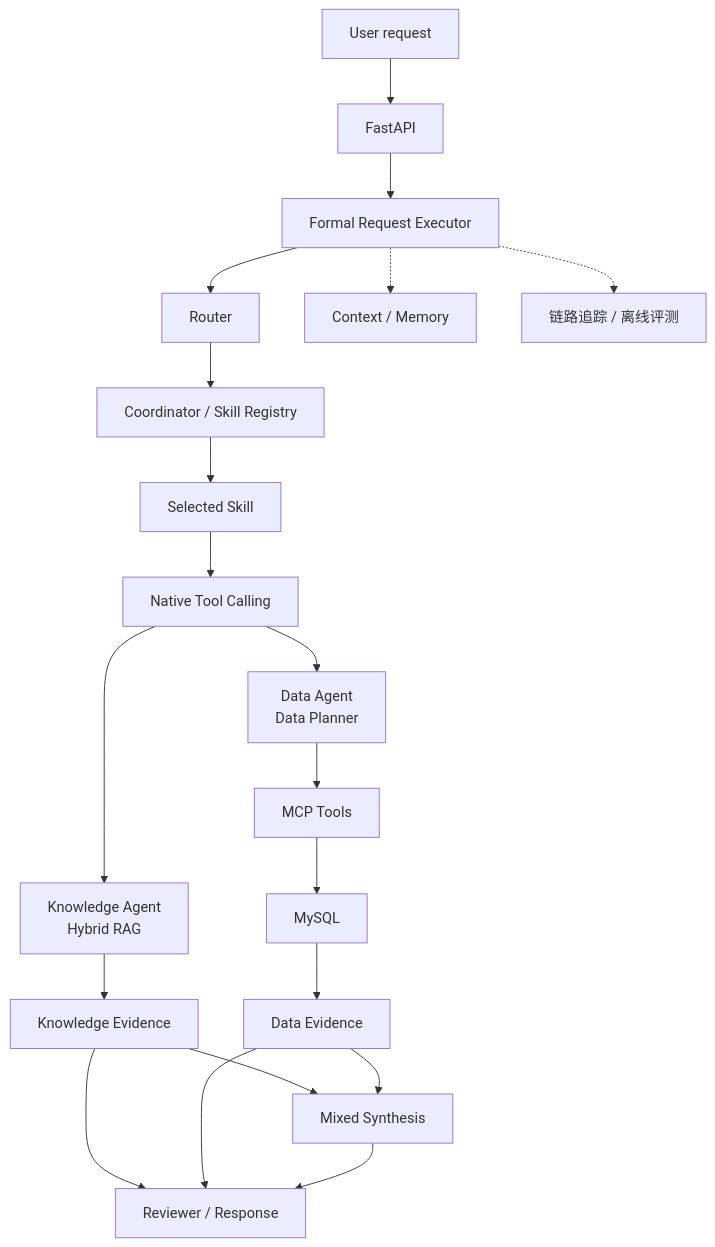
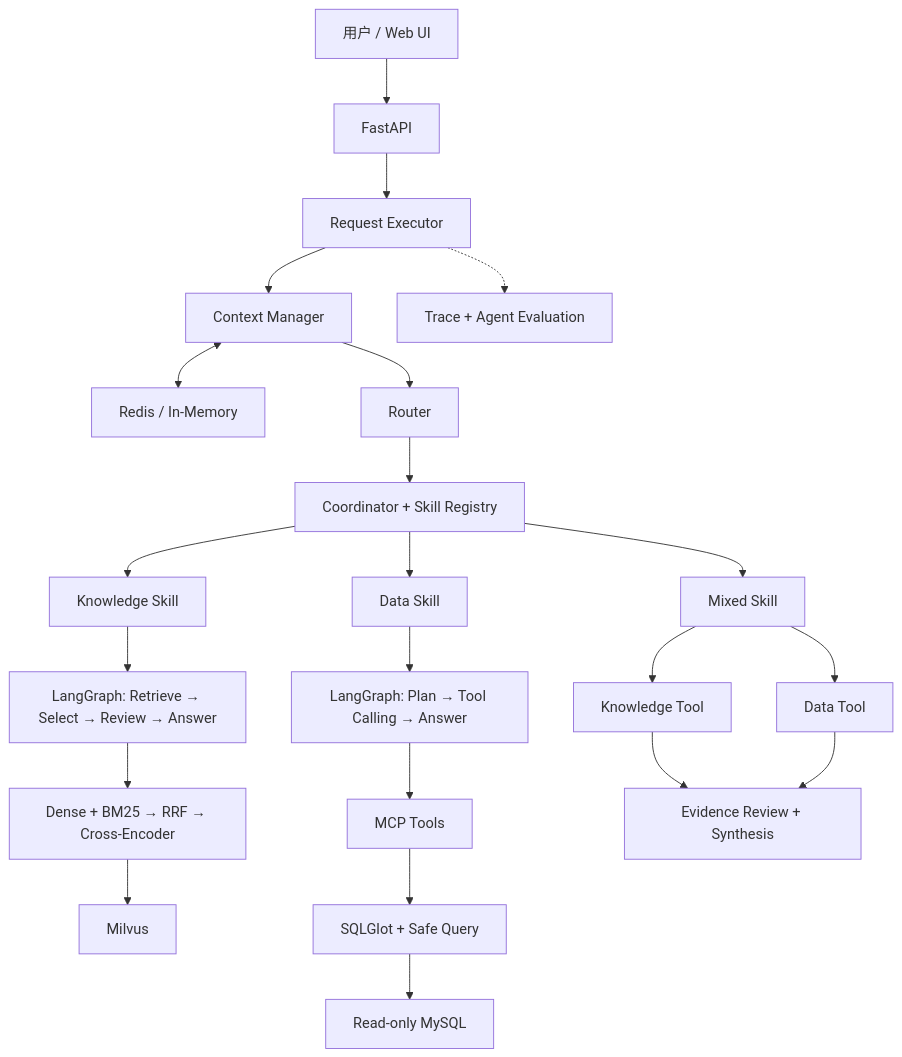
Before and after one commit to ccy777/Enterprise-Decision-Agent: the diagram in README.md, drawn with Mermaid. The commit also changed other lines of this file and 7 other files, not shown here.

````diff
--- a/README.md
+++ b/README.md
@@ -41,22 +41,28 @@
 ```mermaid
 flowchart TD
-    U["User request"] --> API["FastAPI"]
-    API --> X["Formal Request Executor"]
-    X --> R["Router"]
-    R --> C["Coordinator / Skill Registry"]
-    C --> S["Selected Skill"]
-    S --> T["Native Tool Calling"]
-    T --> K["Knowledge Agent\nHybrid RAG"]
-    T --> D["Data Agent\nData Planner"]
-    D --> MCP["MCP Tools"]
-    MCP --> DB["MySQL"]
-    K --> KE["Knowledge Evidence"]
-    DB --> DE["Data Evidence"]
-    KE --> M["Mixed Synthesis"]
-    DE --> M
-    KE --> V["Reviewer / Response"]
-    DE --> V
-    M --> V
-    X -.-> CM["Context / Memory"]
-    X -.-> O["链路追踪 / 离线评测"]
+    U["用户 / Web UI"] --> API["FastAPI"]
+    API --> EX["Request Executor"]
+    EX --> CM["Context Manager"]
+    CM <--> MEM["Redis / In-Memory"]
+    CM --> R["Router"]
+    R --> C["Coordinator + Skill Registry"]
+
+    C --> K["Knowledge Skill"]
+    C --> D["Data Skill"]
+    C --> M["Mixed Skill"]
+
+    K --> KG["LangGraph: Retrieve → Select → Review → Answer"]
+    KG --> RAG["Dense + BM25 → RRF → Cross-Encoder"]
+    RAG --> MV["Milvus"]
+
+    D --> DG["LangGraph: Plan → Tool Calling → Answer"]
+    DG --> MCP["MCP Tools"]
+    MCP --> SQL["SQLGlot + Safe Query"]
+    SQL --> DB["Read-only MySQL"]
+
+    M --> KT["Knowledge Tool"]
+    M --> DT["Data Tool"]
+    KT --> SYN["Evidence Review + Synthesis"]
+    DT --> SYN
+    EX -.-> T["Trace + Agent Evaluation"]
 ```
````
